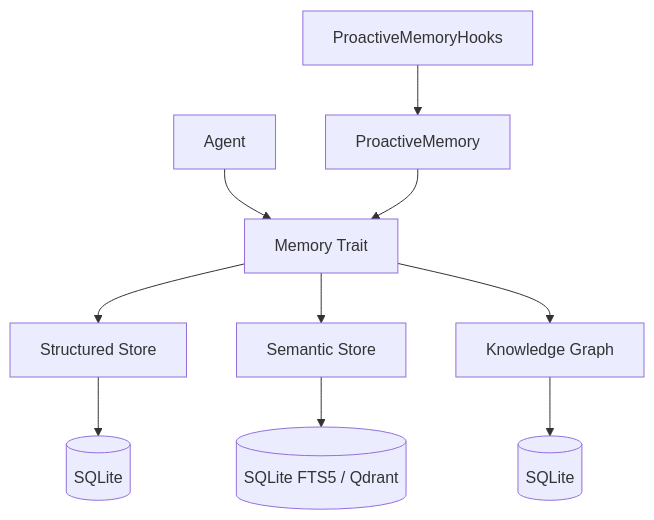
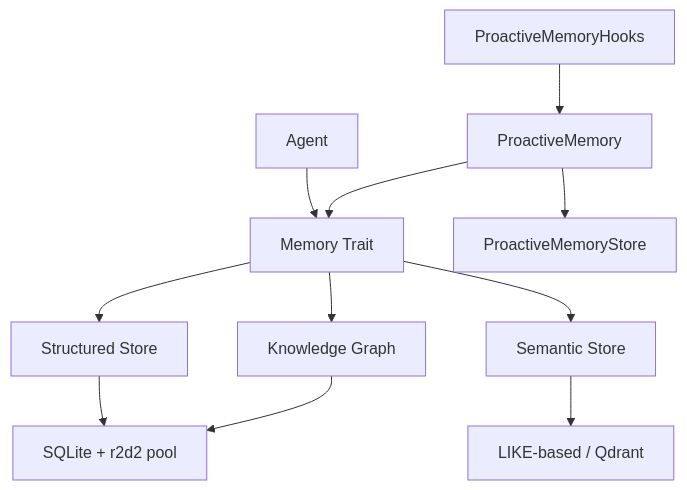
The diagram in other-librefang-memory.md (leszek3737/librefang-WIki), drawn with Mermaid before and after one commit. The commit also changed other lines of this file and 122 other files, not shown here.

````diff
--- a/other-librefang-memory.md
+++ b/other-librefang-memory.md
@@ -13,12 +9,13 @@
 ```mermaid
 graph TD
     A[Agent] --> B[Memory Trait]
     B --> C[Structured Store]
     B --> D[Semantic Store]
     B --> E[Knowledge Graph]
-    C --> F[(SQLite)]
-    D --> G[(SQLite FTS5 / Qdrant)]
-    E --> H[(SQLite)]
-    I[ProactiveMemory] --> B
-    J[ProactiveMemoryHooks] --> I
+    C --> F[SQLite + r2d2 pool]
+    D --> G[LIKE-based / Qdrant]
+    E --> F
+    H[ProactiveMemory] --> B
+    I[ProactiveMemoryHooks] --> H
+    H --> J[ProactiveMemoryStore]
 ```
````
